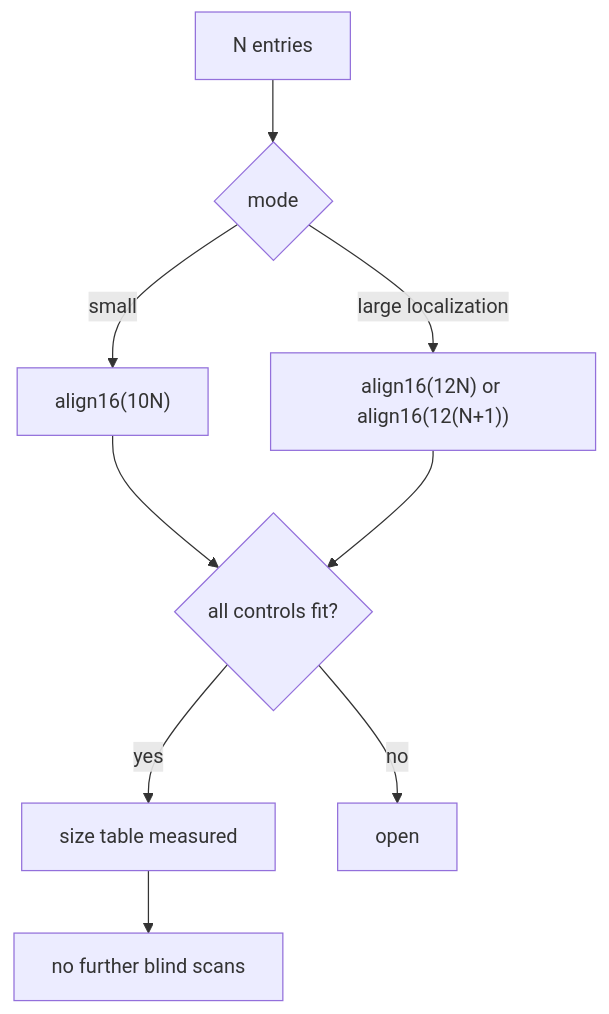
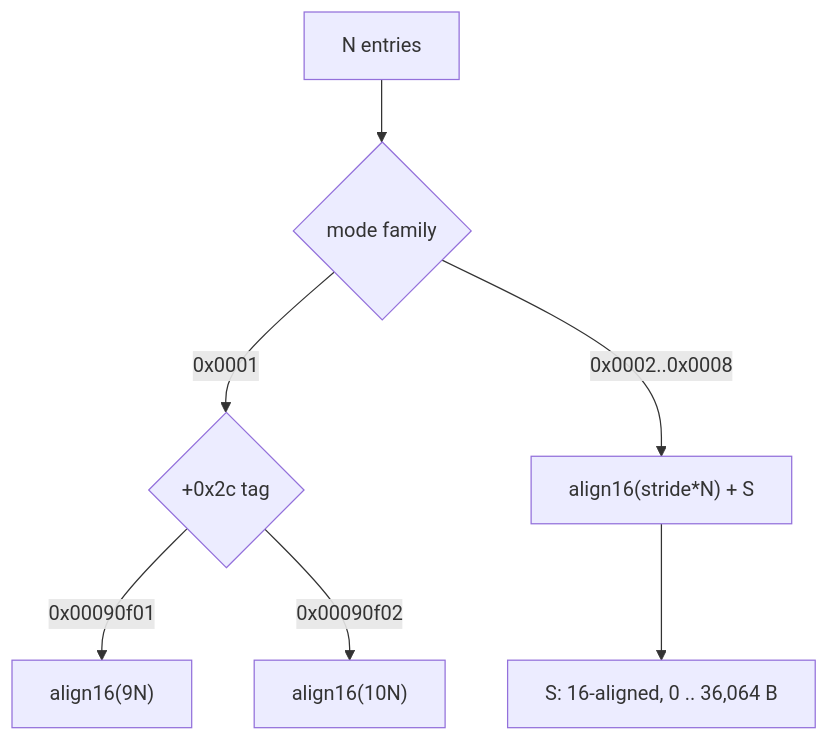
Before and after one commit to lynxnathan/rage-tools-vi: the second of 3 diagrams in docs/rpf9/metadata.md, drawn with Mermaid. The commit also changed other lines of this file and 1 other file, not shown here.

````diff
--- a/docs/rpf9/metadata.md
+++ b/docs/rpf9/metadata.md
@@ -52,11 +77,9 @@
 ```mermaid
 flowchart TD
-    N[N entries] --> M{mode}
-    M -- small --> A10["align16(10N)"]
-    M -- large localization --> A12["align16(12N) or align16(12(N+1))"]
-    A10 --> C{all controls fit?}
-    A12 --> C
-    C -- yes --> S[size table measured]
-    C -- no --> O[open]
-    S --> W[no further blind scans]
+    N[N entries] --> F{mode family}
+    F -- "0x0001" --> T{"+0x2c tag"}
+    T -- "0x00090f01" --> S9["align16(9N)"]
+    T -- "0x00090f02" --> S10["align16(10N)"]
+    F -- "0x0002..0x0008" --> SX["align16(stride*N) + S"]
+    SX --> S["S: 16-aligned, 0 .. 36,064 B"]
 ```
````
